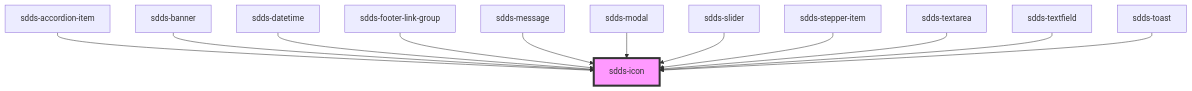
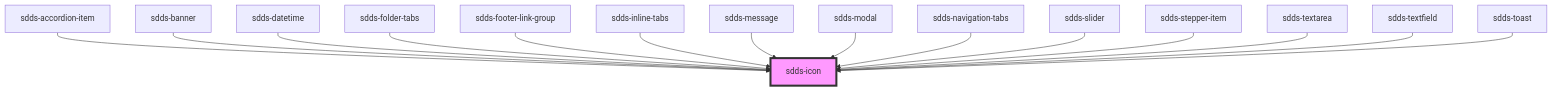
Before and after one commit to scania-digital-design-system/sdds: the diagram in tegel/src/components/icon/readme.md, drawn with Mermaid. The commit also changed other lines of this file and 46 other files, not shown here.

````diff
--- a/tegel/src/components/icon/readme.md
+++ b/tegel/src/components/icon/readme.md
@@ -31,15 +34,18 @@
 ```mermaid
 graph TD;
   sdds-accordion-item --> sdds-icon
   sdds-banner --> sdds-icon
   sdds-datetime --> sdds-icon
+  sdds-folder-tabs --> sdds-icon
   sdds-footer-link-group --> sdds-icon
+  sdds-inline-tabs --> sdds-icon
   sdds-message --> sdds-icon
   sdds-modal --> sdds-icon
+  sdds-navigation-tabs --> sdds-icon
   sdds-slider --> sdds-icon
   sdds-stepper-item --> sdds-icon
   sdds-textarea --> sdds-icon
   sdds-textfield --> sdds-icon
   sdds-toast --> sdds-icon
   style sdds-icon fill:#f9f,stroke:#333,stroke-width:4px
 ```
````
